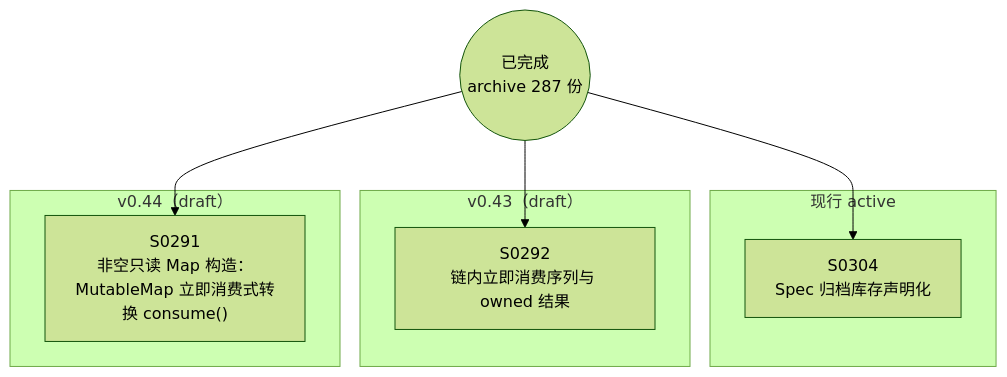
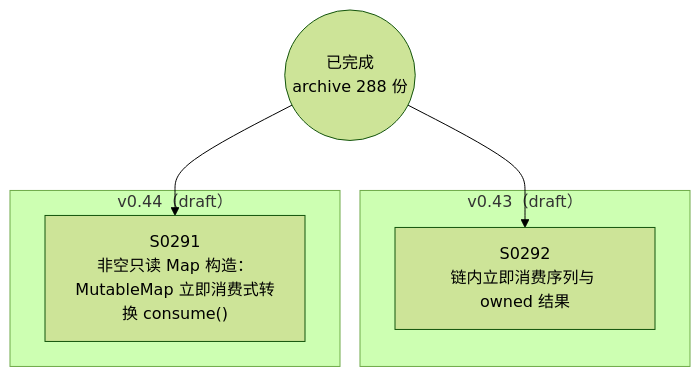
The diagram in docs/specs/dependency-graph.md (Halckon/Koven), drawn with Mermaid (forest theme) before and after one commit. The commit also changed other lines of this file and 8 other files, not shown here.

Commit message:
docs(spec): archive declared inventory after PR82 CI (SPEC-0304)

````diff
--- a/docs/specs/dependency-graph.md
+++ b/docs/specs/dependency-graph.md
@@ -9,16 +9,12 @@
 ```mermaid
 flowchart TD
-ARCH(("已完成<br/>archive 287 份"))
-subgraph Gactive["现行 active"]
-  S0304["S0304<br/>Spec 归档库存声明化"]
-end
+ARCH(("已完成<br/>archive 288 份"))
 subgraph Gdrafts_v043["v0.43（draft）"]
   S0292["S0292<br/>链内立即消费序列与 owned 结果"]
 end
 subgraph Gdrafts_v044["v0.44（draft）"]
   S0291["S0291<br/>非空只读 Map 构造：MutableMap 立即消费式转换 consume()"]
 end
 ARCH --> S0291
 ARCH --> S0292
-ARCH --> S0304
 ```
````
